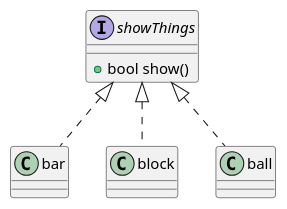
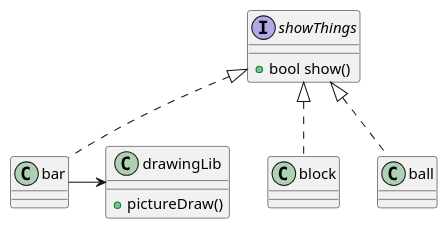
One commit to terapotan/Aimforcomplete changed the diagram in Aimforconplete-TDD/TodoList.md. Above: the diagram before and after it, drawn with PlantUML. The commit also changed other lines of this file and 12 other files, not shown here.

```diff
--- a/Aimforconplete-TDD/TodoList.md
+++ b/Aimforconplete-TDD/TodoList.md
@@ -24,17 +30,21 @@
-~~~plantUML
+~~~plantuml
 @startuml
 interface showThings{
     + bool show()
 }
 class bar{
 }
 class block{
 }
 class ball{
 }
+class drawingLib{
+    + pictureDraw()
+}
 
 showThings <|.. bar
 showThings <|.. block
 showThings <|.. ball
+drawingLib <-left- bar
 @enduml
 ~~~
```
